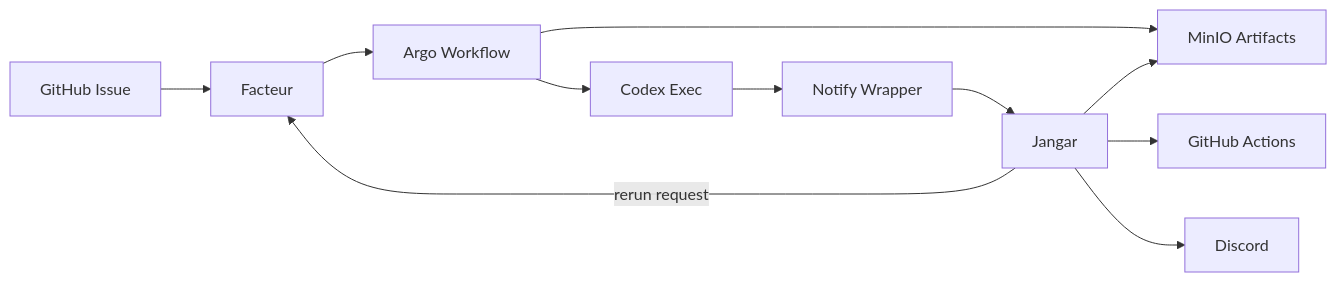
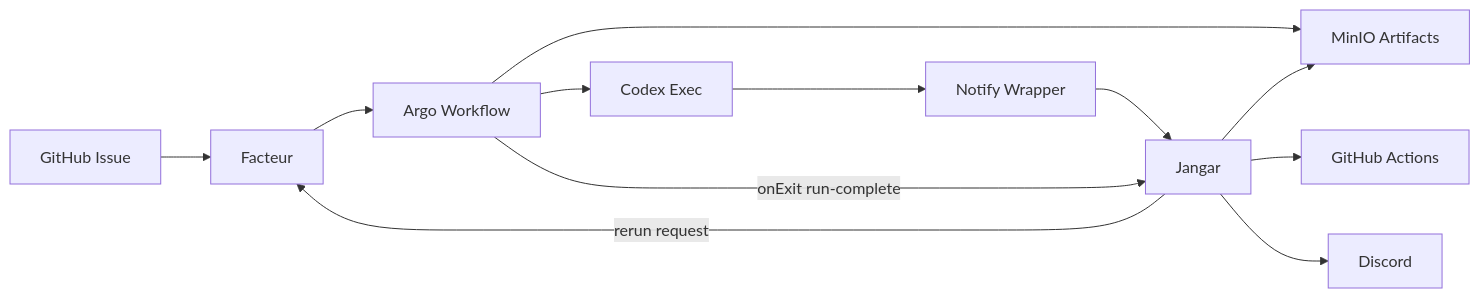
One commit to proompteng/lab changed the first of 3 diagrams in docs/jangar/codex-judge-argo-design.md. Above: the diagram before and after it, drawn with Mermaid. The commit also changed other lines of this file and 1 other file, not shown here.

Commit message:
docs(jangar): add run-complete ingestion path

````diff
--- a/docs/jangar/codex-judge-argo-design.md
+++ b/docs/jangar/codex-judge-argo-design.md
@@ -43,13 +43,14 @@
 ```mermaid
 flowchart LR
   GH[GitHub Issue] --> F[Facteur]
   F --> A[Argo Workflow]
   A --> C[Codex Exec]
   C --> W[Notify Wrapper]
   W --> J[Jangar]
+  A -->|onExit run-complete| J
   A --> M[MinIO Artifacts]
   J --> M
   J --> CI[GitHub Actions]
   J --> D[Discord]
   J -->|rerun request| F
 ```
````
